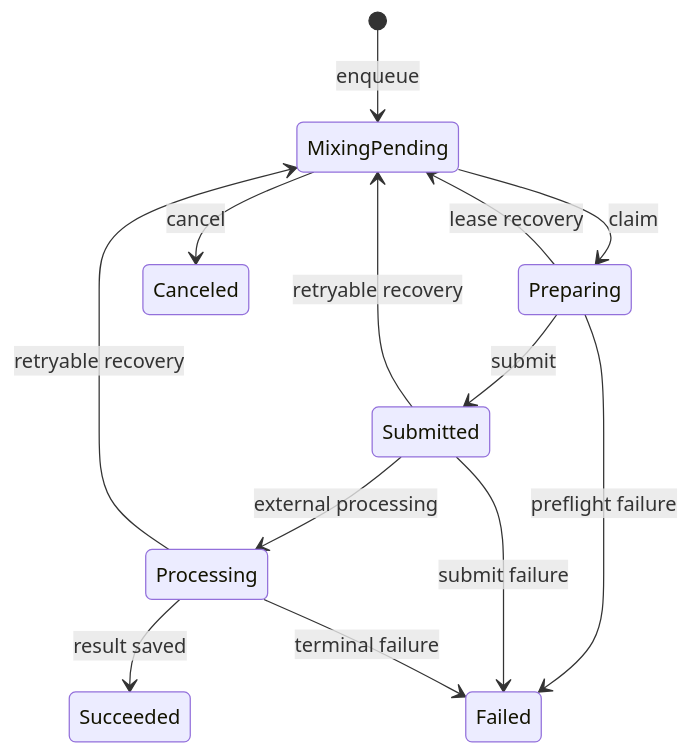
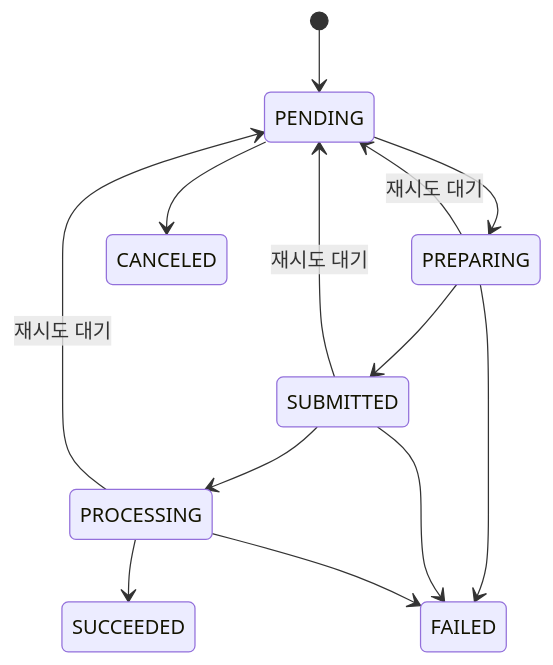
Before and after one commit to leey00nsu/copy-singer: the second of 2 diagrams in openwiki/concepts/domain-data-model.md, drawn with Mermaid. The commit also changed other lines of this file and 27 other files, not shown here.

````diff
--- a/openwiki/concepts/domain-data-model.md
+++ b/openwiki/concepts/domain-data-model.md
@@ -79,15 +91,15 @@
 ```mermaid
 stateDiagram-v2
-    [*] --> MixingPending: enqueue
-    MixingPending --> Preparing: claim
-    Preparing --> Submitted: submit
-    Submitted --> Processing: external processing
-    Processing --> Succeeded: result saved
-    Preparing --> Failed: preflight failure
-    Submitted --> Failed: submit failure
-    Processing --> Failed: terminal failure
-    MixingPending --> Canceled: cancel
-    Preparing --> MixingPending: lease recovery
-    Submitted --> MixingPending: retryable recovery
-    Processing --> MixingPending: retryable recovery
+    [*] --> PENDING
+    PENDING --> PREPARING
+    PREPARING --> SUBMITTED
+    SUBMITTED --> PROCESSING
+    PROCESSING --> SUCCEEDED
+    PENDING --> CANCELED
+    PREPARING --> FAILED
+    SUBMITTED --> FAILED
+    PROCESSING --> FAILED
+    PREPARING --> PENDING: 재시도 대기
+    SUBMITTED --> PENDING: 재시도 대기
+    PROCESSING --> PENDING: 재시도 대기
 ```
````
